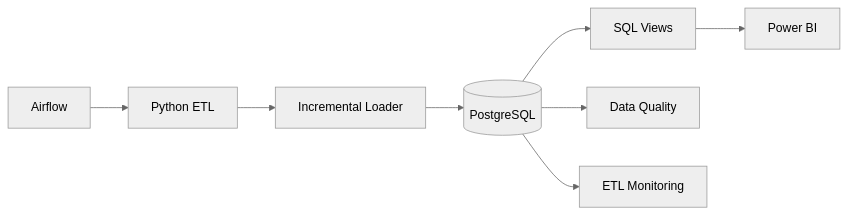
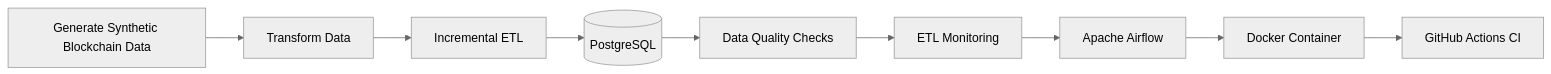
The diagram in README.md (b2zo/Blockchain-Staking-Analytics), drawn with Mermaid (neutral theme) before and after one commit. The commit also changed other lines of this file and 8 other files, not shown here.

Commit message:
Add Airflow DAG graph screenshot

````diff
--- a/README.md
+++ b/README.md
@@ -25,10 +40,20 @@
 ```mermaid
 flowchart LR
-    A[Airflow] --> B[Python ETL]
-    B --> C[Incremental Loader]
-    C --> D[(PostgreSQL)]
-    D --> E[SQL Views]
-    D --> F[Data Quality]
-    D --> G[ETL Monitoring]
-    E --> H[Power BI]
+
+A[Generate Synthetic Blockchain Data]
+--> B[Transform Data]
+
+B --> C[Incremental ETL]
+
+C --> D[(PostgreSQL)]
+
+D --> E[Data Quality Checks]
+
+E --> F[ETL Monitoring]
+
+F --> G[Apache Airflow]
+
+G --> H[Docker Container]
+
+H --> I[GitHub Actions CI]
 ```
````
